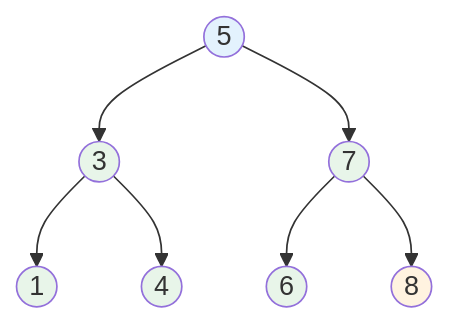
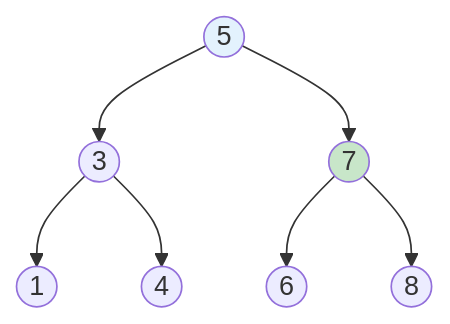
Diagram 27 of 31 in docs/030-数据结构与算法/200-树结构/002-二叉搜索树.md (hemy08/hemynotes), drawn with Mermaid before and after one commit. The commit also changed other lines of this file and 91 other files, not shown here.

````diff
--- a/docs/030-数据结构与算法/200-树结构/002-二叉搜索树.md
+++ b/docs/030-数据结构与算法/200-树结构/002-二叉搜索树.md
@@ -594,17 +578,12 @@
 ```mermaid
 graph TB
-    A((5)) --> B((3))
-    A --> C((7))
-    B --> D((1))
-    B --> E((4))
-    C --> F((6))
-    C --> G((8))
+    5((5)) --> 3((3))
+    5 --> 7((7))
+    3 --> 1((1))
+    3 --> 4((4))
+    7 --> 6((6))
+    7 --> 8((8))
     
-    style A fill:#E3F2FD
-    style B fill:#E8F5E9
-    style C fill:#E8F5E9
-    style D fill:#E8F5E9
-    style E fill:#E8F5E9
-    style F fill:#E8F5E9
-    style G fill:#FFF3E0
+    style 5 fill:#E3F2FD
+    style 7 fill:#C8E6C9
 ```
````
